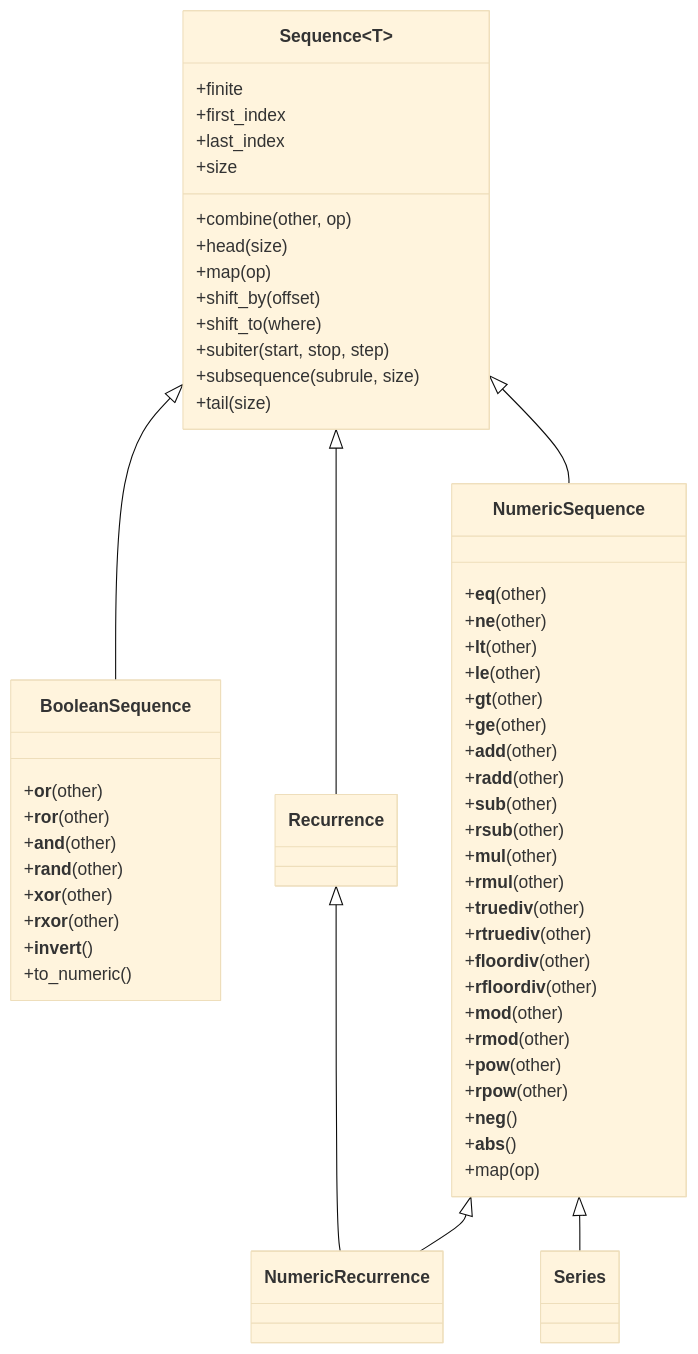
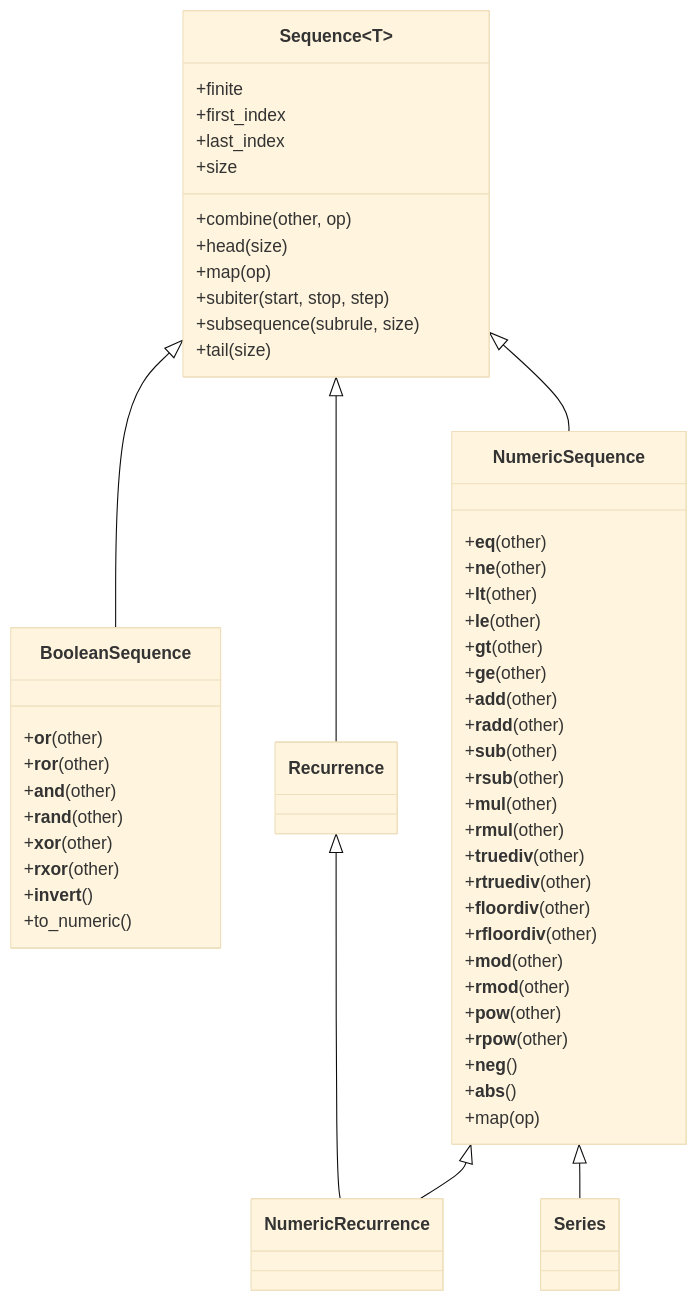
Before and after one commit to avikpln/calculus: the diagram in docs/ARCHITECTURE.md, drawn with Mermaid (base theme). The commit also changed 8 other files, not shown here.

````diff
--- a/docs/ARCHITECTURE.md
+++ b/docs/ARCHITECTURE.md
@@ -8,70 +8,68 @@
 ```mermaid
 classDiagram
     class Sequence~T~ {
         %% Attributes
         +finite
         +first_index
         +last_index
         +size
 
         %% Methods
         +combine(other, op)
         +head(size)
         +map(op)
-        +shift_by(offset)
-        +shift_to(where)
         +subiter(start, stop, step)
         +subsequence(subrule, size)
         +tail(size)
     }
 
     class BooleanSequence {
         %% Methods
         +__or__(other)
         +__ror__(other)
         +__and__(other)
         +__rand__(other)
         +__xor__(other)
         +__rxor__(other)
         +__invert__()
         +to_numeric()
     }
 
     class NumericSequence {
         %% Methods
         +__eq__(other)
         +__ne__(other)
         +__lt__(other)
         +__le__(other)
         +__gt__(other)
         +__ge__(other)
         +__add__(other)
         +__radd__(other)
         +__sub__(other)
         +__rsub__(other)
         +__mul__(other)
         +__rmul__(other)
         +__truediv__(other)
         +__rtruediv__(other)
         +__floordiv__(other)
         +__rfloordiv__(other)
         +__mod__(other)
         +__rmod__(other)
         +__pow__(other)
         +__rpow__(other)
         +__neg__()
         +__abs__()
         +map(op)
     }
 
     Sequence <|-- BooleanSequence
 
     Sequence <|-- NumericSequence
 
     Sequence <|-- Recurrence
 
     NumericSequence <|-- NumericRecurrence
     Recurrence <|-- NumericRecurrence
 
     NumericSequence <|-- Series
 ```
````
